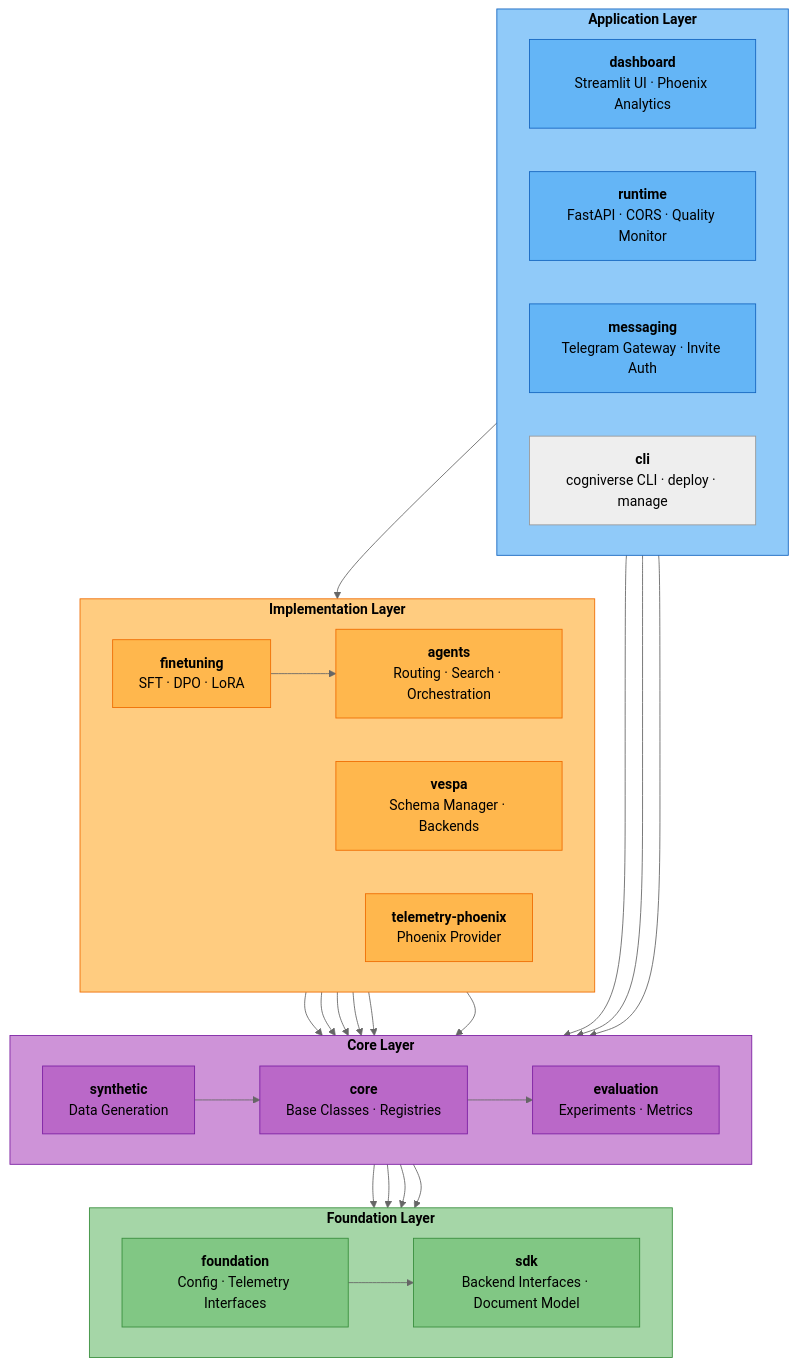
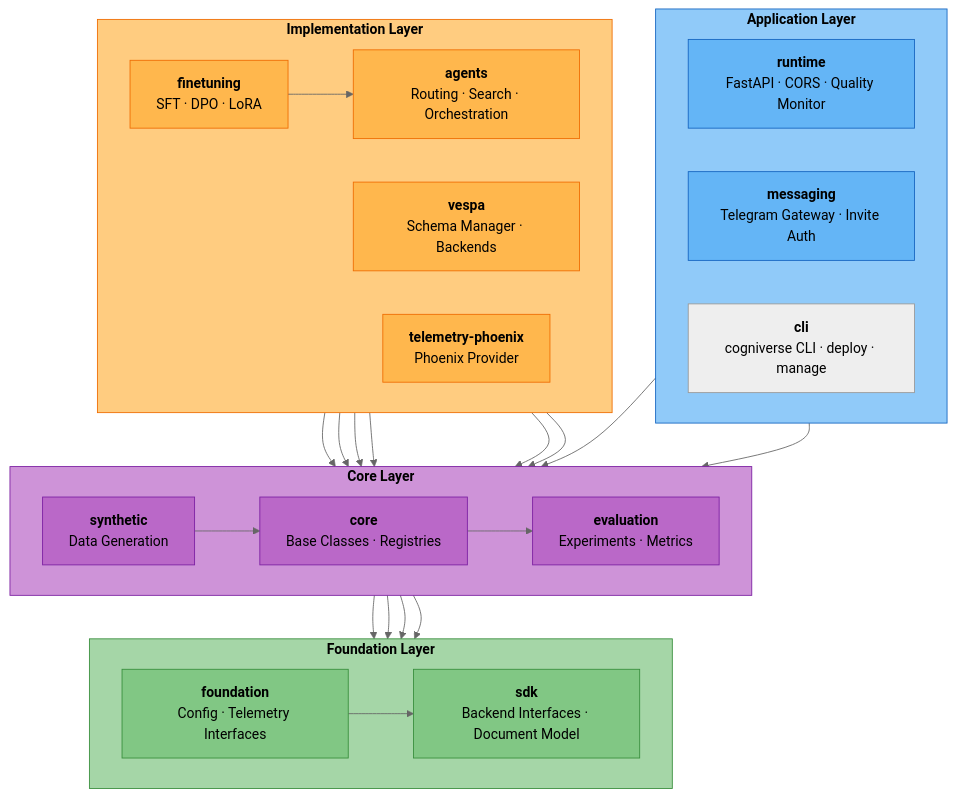
One commit to amit-jain/cogniverse changed the first of 6 diagrams in docs/architecture/overview.md. Above: the diagram before and after it, drawn with Mermaid (neutral theme). The commit also changed other lines of this file and 241 other files, not shown here.

First line of the commit message:
Remove the Streamlit dashboard

````diff
--- a/docs/architecture/overview.md
+++ b/docs/architecture/overview.md
@@ -172,73 +163,69 @@
 ```mermaid
 flowchart TB
     subgraph Application["<span style='color:#000'><b>Application Layer</b></span>"]
         direction LR
-        dashboard["<span style='color:#000'><b>dashboard</b><br/>Streamlit UI · Phoenix Analytics</span>"]
         runtime["<span style='color:#000'><b>runtime</b><br/>FastAPI · CORS · Quality Monitor</span>"]
         messaging["<span style='color:#000'><b>messaging</b><br/>Telegram Gateway · Invite Auth</span>"]
         cli["<span style='color:#000'><b>cli</b><br/>cogniverse CLI · deploy · manage</span>"]
     end
 
     subgraph Implementation["<span style='color:#000'><b>Implementation Layer</b></span>"]
         direction LR
         agents["<span style='color:#000'><b>agents</b><br/>Routing · Search · Orchestration</span>"]
         vespa["<span style='color:#000'><b>vespa</b><br/>Schema Manager · Backends</span>"]
         finetuning["<span style='color:#000'><b>finetuning</b><br/>SFT · DPO · LoRA</span>"]
         telemetry["<span style='color:#000'><b>telemetry-phoenix</b><br/>Phoenix Provider</span>"]
     end
 
     subgraph Core["<span style='color:#000'><b>Core Layer</b></span>"]
         direction LR
         core["<span style='color:#000'><b>core</b><br/>Base Classes · Registries</span>"]
         evaluation["<span style='color:#000'><b>evaluation</b><br/>Experiments · Metrics</span>"]
         synthetic["<span style='color:#000'><b>synthetic</b><br/>Data Generation</span>"]
     end
 
     subgraph Foundation["<span style='color:#000'><b>Foundation Layer</b></span>"]
         direction LR
         foundation["<span style='color:#000'><b>foundation</b><br/>Config · Telemetry Interfaces</span>"]
         sdk["<span style='color:#000'><b>sdk</b><br/>Backend Interfaces · Document Model</span>"]
     end
 
-    dashboard --> agents
-    dashboard --> evaluation
     runtime --> core
     messaging --> core
 
     agents --> core
     agents --> synthetic
     vespa --> core
     finetuning --> agents
     finetuning --> synthetic
     telemetry --> core
     telemetry --> evaluation
     synthetic --> core
     synthetic --> foundation
 
     core --> evaluation
     core --> foundation
     evaluation --> foundation
     synthetic --> sdk
     foundation --> sdk
 
     style Application fill:#90caf9,stroke:#1565c0,color:#000
     style Implementation fill:#ffcc80,stroke:#ef6c00,color:#000
     style Core fill:#ce93d8,stroke:#7b1fa2,color:#000
     style Foundation fill:#a5d6a7,stroke:#388e3c,color:#000
 
-    style dashboard fill:#64b5f6,stroke:#1565c0,color:#000
     style runtime fill:#64b5f6,stroke:#1565c0,color:#000
     style messaging fill:#64b5f6,stroke:#1565c0,color:#000
 
     style agents fill:#ffb74d,stroke:#ef6c00,color:#000
     style vespa fill:#ffb74d,stroke:#ef6c00,color:#000
     style finetuning fill:#ffb74d,stroke:#ef6c00,color:#000
     style telemetry fill:#ffb74d,stroke:#ef6c00,color:#000
 
     style evaluation fill:#ba68c8,stroke:#7b1fa2,color:#000
     style core fill:#ba68c8,stroke:#7b1fa2,color:#000
     style synthetic fill:#ba68c8,stroke:#7b1fa2,color:#000
 
     style foundation fill:#81c784,stroke:#388e3c,color:#000
     style sdk fill:#81c784,stroke:#388e3c,color:#000
 ```
````
